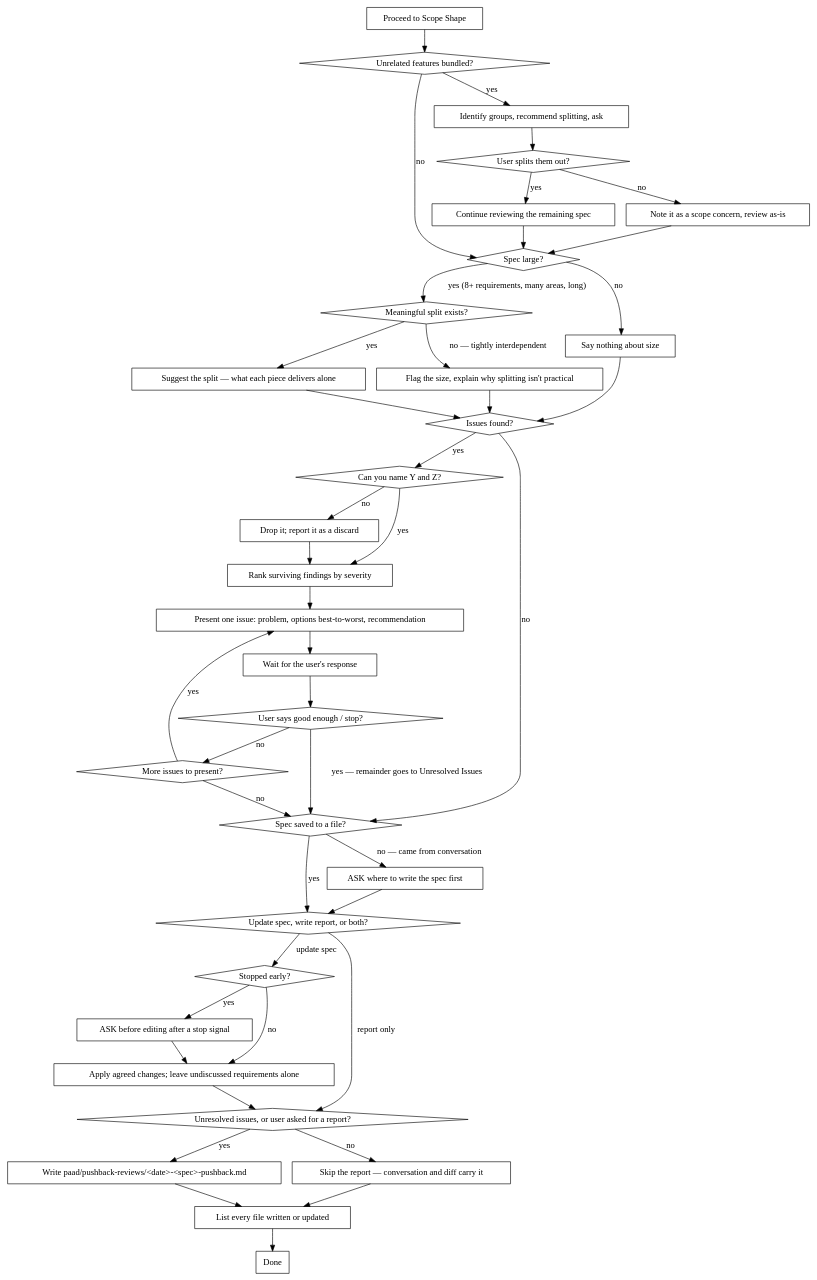
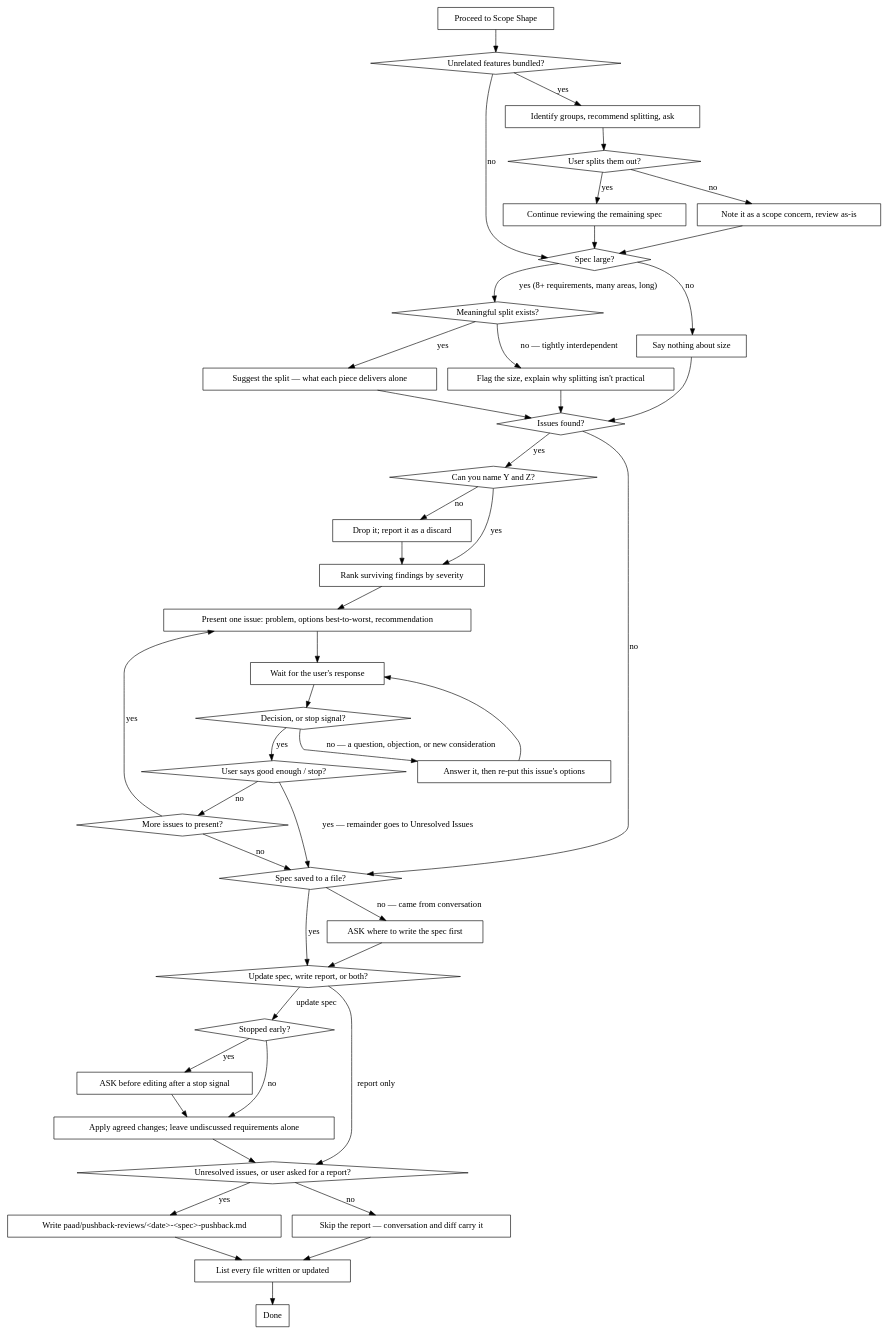
The second of 2 diagrams in plugins/paad/skills/pushback/SKILL.md (Ovid/paad), drawn with Graphviz before and after one commit. The commit also changed other lines of this file and 4 other files, not shown here.

```diff
--- a/plugins/paad/skills/pushback/SKILL.md
+++ b/plugins/paad/skills/pushback/SKILL.md
@@ -60,6 +60,7 @@
   "Issues found?" [shape=diamond];
   "Can you name Y and Z?" [shape=diamond];
   "User says good enough / stop?" [shape=diamond];
+  "Decision, or stop signal?" [shape=diamond];
   "More issues to present?" [shape=diamond];
   "Update spec, write report, or both?" [shape=diamond];
   "Stopped early?" [shape=diamond];
@@ -76,6 +77,7 @@
   "Rank surviving findings by severity" [shape=box];
   "Present one issue: problem, options best-to-worst, recommendation" [shape=box];
   "Wait for the user's response" [shape=box];
+  "Answer it, then re-put this issue's options" [shape=box];
   "ASK where to write the spec first" [shape=box];
   "ASK before editing after a stop signal" [shape=box];
   "Apply agreed changes; leave undiscussed requirements alone" [shape=box];
@@ -109,7 +111,10 @@
   "Drop it; report it as a discard" -> "Rank surviving findings by severity";
   "Rank surviving findings by severity" -> "Present one issue: problem, options best-to-worst, recommendation";
   "Present one issue: problem, options best-to-worst, recommendation" -> "Wait for the user's response";
-  "Wait for the user's response" -> "User says good enough / stop?";
+  "Wait for the user's response" -> "Decision, or stop signal?";
+  "Decision, or stop signal?" -> "Answer it, then re-put this issue's options" [label="no — a question, objection, or new consideration"];
+  "Answer it, then re-put this issue's options" -> "Wait for the user's response";
+  "Decision, or stop signal?" -> "User says good enough / stop?" [label="yes"];
   "User says good enough / stop?" -> "Spec saved to a file?" [label="yes — remainder goes to Unresolved Issues"];
   "User says good enough / stop?" -> "More issues to present?" [label="no"];
   "More issues to present?" -> "Present one issue: problem, options best-to-worst, recommendation" [label="yes"];
```
